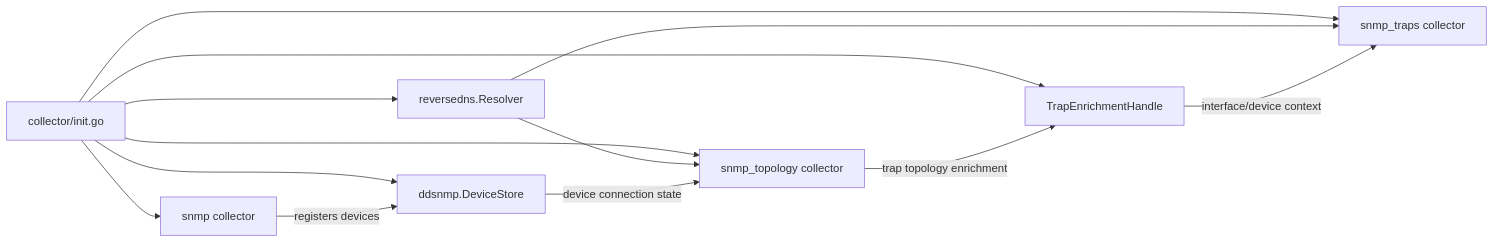
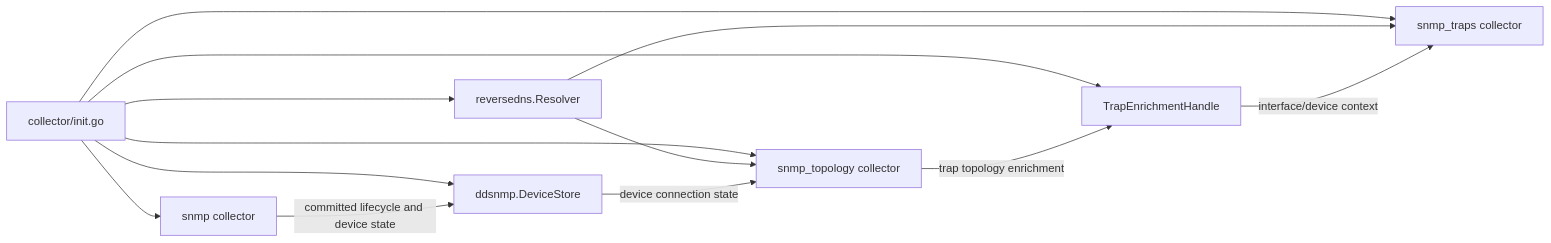
Before and after one commit to netdata/netdata: the first of 3 diagrams in src/go/plugin/go.d/collector/snmp_topology/ARCHITECTURE.md, drawn with Mermaid. The commit also changed other lines of this file and 22 other files, not shown here.

````diff
--- a/src/go/plugin/go.d/collector/snmp_topology/ARCHITECTURE.md
+++ b/src/go/plugin/go.d/collector/snmp_topology/ARCHITECTURE.md
@@ -23,23 +23,23 @@
 ```mermaid
 flowchart LR
     Init["collector/init.go"]
     Store["ddsnmp.DeviceStore"]
     TrapHandle["TrapEnrichmentHandle"]
     ReverseDNS["reversedns.Resolver"]
     SNMP["snmp collector"]
     Topology["snmp_topology collector"]
     Traps["snmp_traps collector"]
 
     Init --> Store
     Init --> TrapHandle
     Init --> ReverseDNS
     Init --> SNMP
     Init --> Topology
     Init --> Traps
     ReverseDNS --> Topology
     ReverseDNS --> Traps
-    SNMP -->|"registers devices"| Store
+    SNMP -->|"committed lifecycle and device state"| Store
     Store -->|"device connection state"| Topology
     Topology -->|"trap topology enrichment"| TrapHandle
     TrapHandle -->|"interface/device context"| Traps
 ```
````
